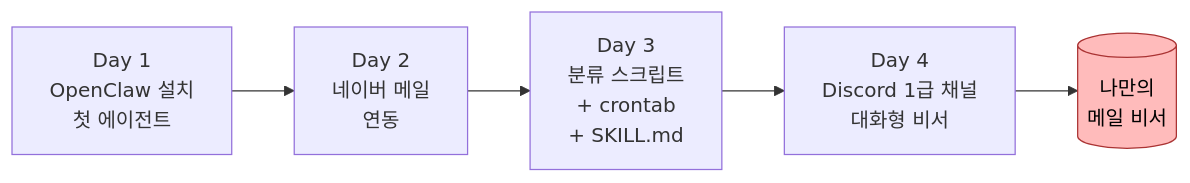
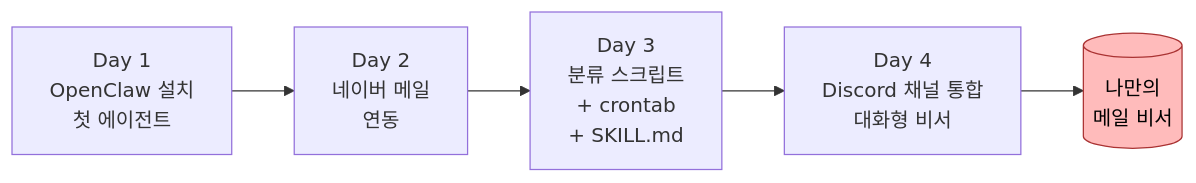
Before and after one commit to xodnjs9850/xodnjs9850.github.io: the second of 2 diagrams in 04-day4-discord.md, drawn with Mermaid. The commit also changed other lines of this file, not shown here.

````diff
--- a/04-day4-discord.md
+++ b/04-day4-discord.md
@@ -391,8 +391,8 @@
 ```mermaid
 flowchart LR
     D1[Day 1<br/>OpenClaw 설치<br/>첫 에이전트] --> D2[Day 2<br/>네이버 메일<br/>연동]
     D2 --> D3[Day 3<br/>분류 스크립트<br/>+ crontab<br/>+ SKILL.md]
-    D3 --> D4[Day 4<br/>Discord 1급 채널<br/>대화형 비서]
+    D3 --> D4[Day 4<br/>Discord 채널 통합<br/>대화형 비서]
     D4 --> Final[(나만의<br/>메일 비서)]
     style Final fill:#fbb,stroke:#a33,color:#000
 ```
````
